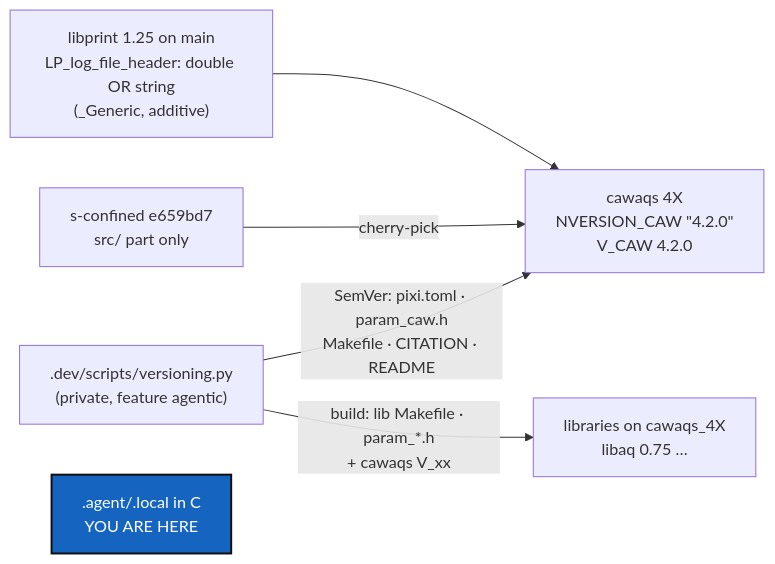
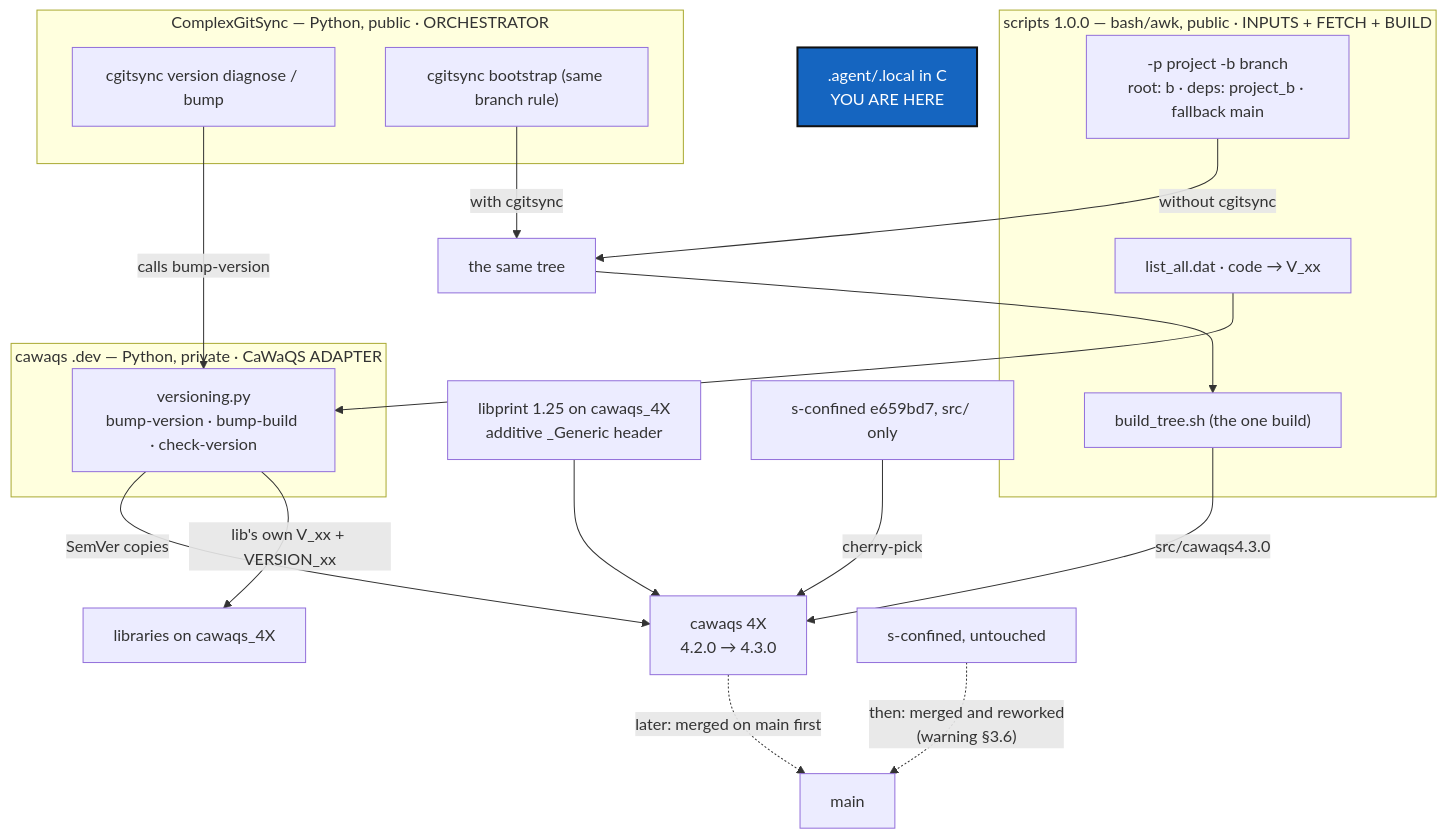
Before and after one commit to flipoyo/.dev: the diagram in DevTickets/openTickets/4X_1-2_BuildSemVerAgenticC_DevPlanTicket.md, drawn with Mermaid. The commit also changed other lines of this file and 2 other files, not shown here.

Commit message:
cawaqs-4.2.0 versioning ticket including lib bump version sequence coupled to script

````diff
--- a/DevTickets/openTickets/4X_1-2_BuildSemVerAgenticC_DevPlanTicket.md
+++ b/DevTickets/openTickets/4X_1-2_BuildSemVerAgenticC_DevPlanTicket.md
@@ -88,11 +146,31 @@
 ```mermaid
-graph LR
-    LP["libprint 1.25 on main<br/>LP_log_file_header: double OR string<br/>(_Generic, additive)"] --> C4
-    SC["s-confined e659bd7<br/>src/ part only"] -->|"cherry-pick"| C4["cawaqs 4X<br/>NVERSION_CAW &quot;4.2.0&quot;<br/>V_CAW 4.2.0"]
-    V[".dev/scripts/versioning.py<br/>(private, feature agentic)"] -->|"SemVer: pixi.toml · param_caw.h<br/>Makefile · CITATION · README"| C4
-    V -->|"build: lib Makefile · param_*.h<br/>+ cawaqs V_xx"| L["libraries on cawaqs_4X<br/>libaq 0.75 …"]
+graph TB
+    subgraph SCR["scripts 1.0.0 — bash/awk, public · INPUTS + FETCH + BUILD"]
+        LIST["list_all.dat · code → V_xx"]
+        PB["-p project -b branch<br/>root: b · deps: project_b · fallback main"]
+        BT["build_tree.sh (the one build)"]
+    end
+    subgraph DEV["cawaqs .dev — Python, private · CaWaQS ADAPTER"]
+        VPY["versioning.py<br/>bump-version · bump-build · check-version"]
+    end
+    subgraph CGS["ComplexGitSync — Python, public · ORCHESTRATOR"]
+        VC["cgitsync version diagnose / bump"]
+        BOOT["cgitsync bootstrap (same branch rule)"]
+    end
+    LP["libprint 1.25 on cawaqs_4X<br/>additive _Generic header"] --> C4
+    SC["s-confined e659bd7, src/ only"] -->|"cherry-pick"| C4["cawaqs 4X<br/>4.2.0 → 4.3.0"]
+    LIST --> VPY
+    VC -->|"calls bump-version"| VPY
+    VPY -->|"SemVer copies"| C4
+    VPY -->|"lib's own V_xx + VERSION_xx"| L["libraries on cawaqs_4X"]
+    PB -->|"without cgitsync"| TREE["the same tree"]
+    BOOT -->|"with cgitsync"| TREE
+    TREE --> BT
+    BT -->|"src/cawaqs4.3.0"| C4
     OS[".agent/.local in C<br/>YOU ARE HERE"]
+    C4 -.->|"later: merged on main first"| M["main"]
+    SCM["s-confined, untouched"] -.->|"then: merged and reworked<br/>(warning §3.6)"| M
 
     classDef here fill:#1565C0,color:#fff,stroke:#111,stroke-width:2px;
     class OS here;
 ```
````
